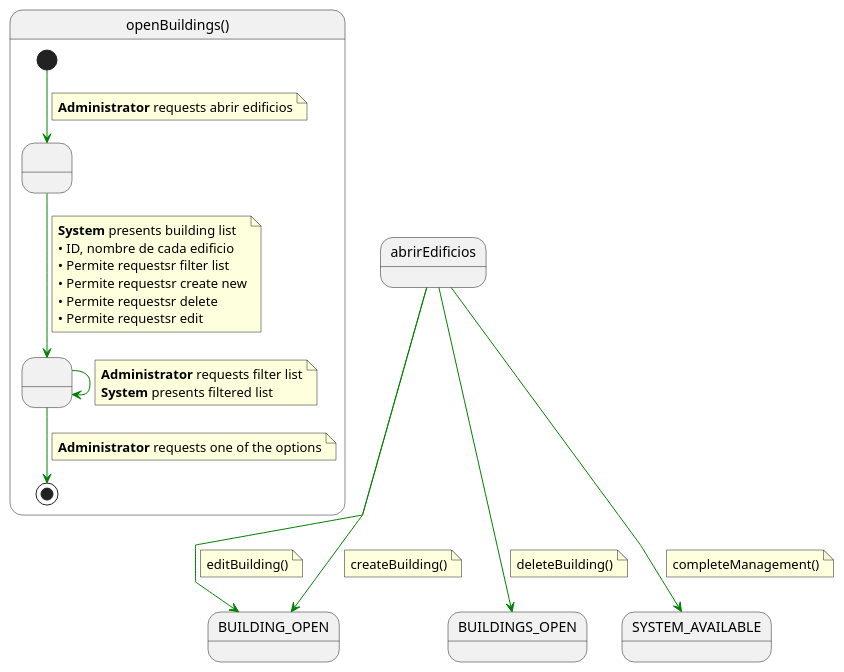
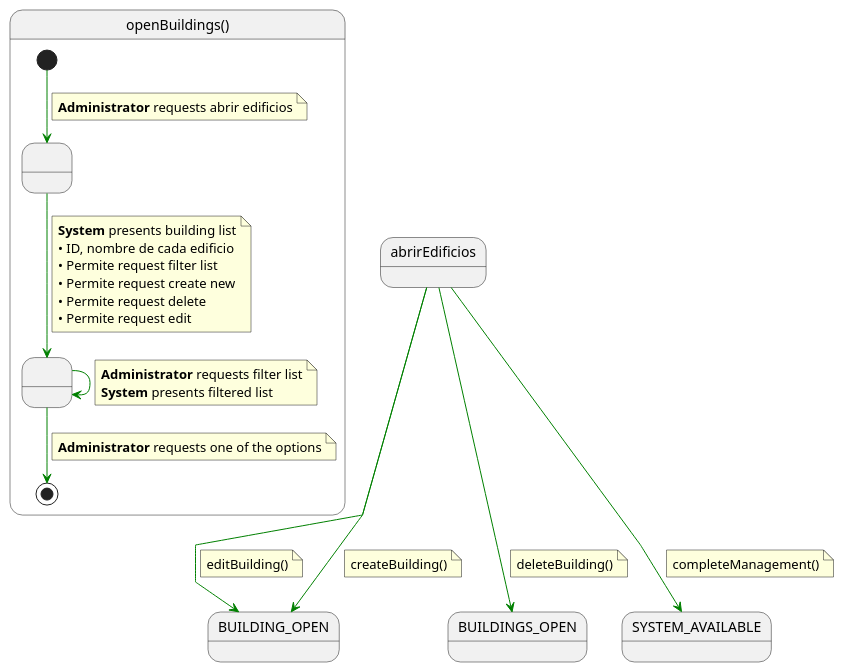
The diagram in RUP/00-casos-uso/02-detalle/abrirEdificios/especificacion.puml (mmasias/pySigHor), drawn with PlantUML before and after one commit. The commit also changed 34 other files, not shown here.

```diff
--- a/RUP/00-casos-uso/02-detalle/abrirEdificios/especificacion.puml
+++ b/RUP/00-casos-uso/02-detalle/abrirEdificios/especificacion.puml
@@ -1,57 +1,57 @@
 @startuml openBuildings
 
 skinparam linetype polyline
 
 state openBuildings as "openBuildings()" {
 
     state " " as ShowingList
     state " " as FilteringList
 
     [*] -[#green]-> ShowingList 
     note on link
     <b>Administrator</b> requests abrir edificios
     end note    
     
     ShowingList -[#green]-> FilteringList
     note on link
     <b>System</b> presents building list
     • ID, nombre de cada edificio
-    • Permite requestsr filter list
-    • Permite requestsr create new
-    • Permite requestsr delete
-    • Permite requestsr edit
+    • Permite request filter list
+    • Permite request create new
+    • Permite request delete
+    • Permite request edit
     end note
     
     FilteringList -[#green]-> FilteringList
     note on link
     <b>Administrator</b> requests filter list
     <b>System</b> presents filtered list
     end note
     
     FilteringList -[#green]-> [*]
     note on link
     <b>Administrator</b> requests one of the options
     end note
 }
 
 abrirEdificios -[#green]-> BUILDING_OPEN
 note on link
 editBuilding()
 end note
 
 abrirEdificios -[#green]-> BUILDING_OPEN
 note on link
 createBuilding()
 end note
 
 abrirEdificios -[#green]-> BUILDINGS_OPEN
 note on link
 deleteBuilding()
 end note
 
 abrirEdificios -[#green]-> SYSTEM_AVAILABLE
 note on link
 completeManagement()
 end note
 
 @enduml
```
